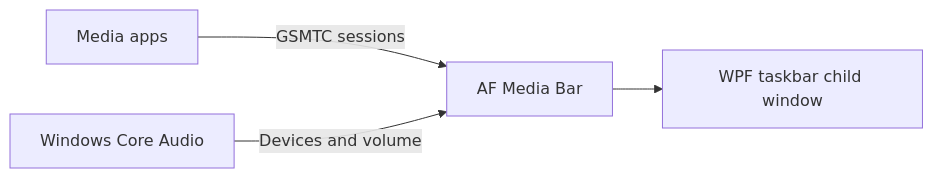
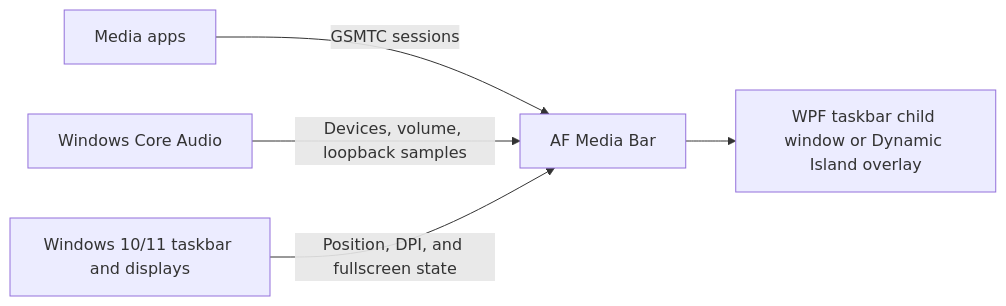
One commit to Fervent-Tempo/AF-Media-Bar changed the diagram in README.en-US.md. Above: the diagram before and after it, drawn with Mermaid. The commit also changed other lines of this file and 33 other files, not shown here.

Commit message:
feat: 接入独立灵动岛运行模式 / add Dynamic Island runtime

````diff
--- a/README.en-US.md
+++ b/README.en-US.md
@@ -55,6 +66,7 @@
 ```mermaid
 flowchart LR
     A[Media apps] -->|GSMTC sessions| B[AF Media Bar]
-    C[Windows Core Audio] -->|Devices and volume| B
-    B --> D[WPF taskbar child window]
+    C[Windows Core Audio] -->|Devices, volume, loopback samples| B
+    D[Windows 10/11 taskbar and displays] -->|Position, DPI, and fullscreen state| B
+    B --> E[WPF taskbar child window or Dynamic Island overlay]
 ```
````
